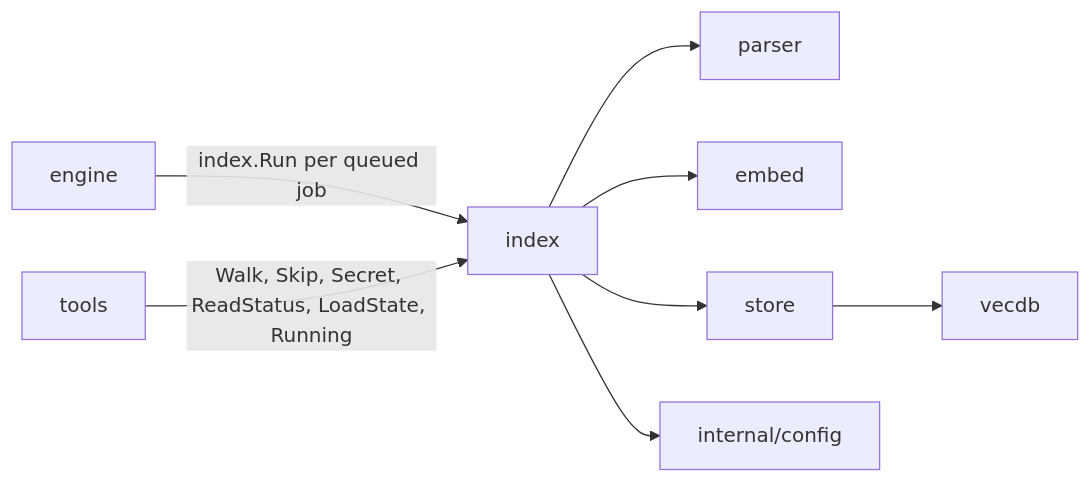
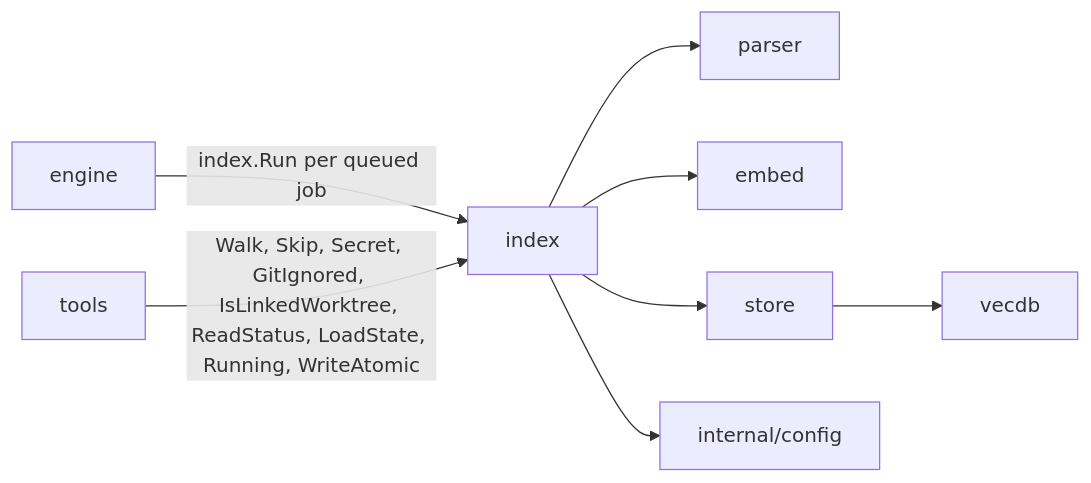
Before and after one commit to doITmagic/rag-code-mcp: the first of 2 diagrams in v3/index/README.md, drawn with Mermaid. The commit also changed other lines of this file and 17 other files, not shown here.

Commit message:
docs(v3): update READMEs for the parser, index and tools fixes; known limitations

````diff
--- a/v3/index/README.md
+++ b/v3/index/README.md
@@ -32,10 +32,10 @@
 ```mermaid
 graph LR
     Engine[engine] -->|index.Run per queued job| Index[index]
-    Tools[tools] -->|Walk, Skip, Secret, ReadStatus, LoadState, Running| Index
+    Tools[tools] -->|Walk, Skip, Secret, GitIgnored, IsLinkedWorktree, ReadStatus, LoadState, Running, WriteAtomic| Index
     Index --> Parser[parser]
     Index --> Embed[embed]
     Index --> Store[store]
     Index --> Config[internal/config]
     Store --> Vecdb[vecdb]
 ```
````
